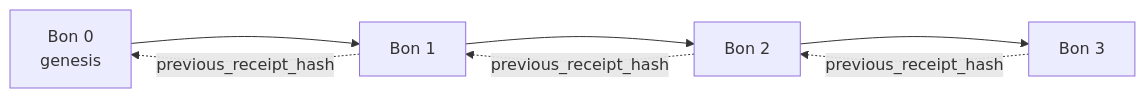
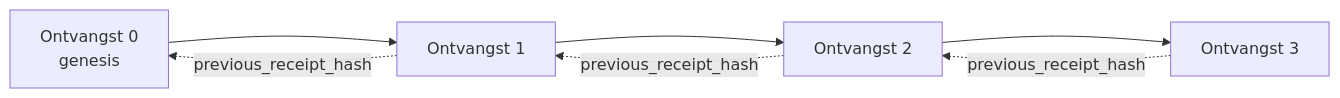
The second of 2 diagrams in mirrors/repos/microsoft@ai-agents-for-beginners/translations/nl/18-securing-ai-agents/README.md (gabrielmoreira/agent-skills-mirror), drawn with Mermaid before and after one commit. The commit also changed other lines of this file and 2285 other files, not shown here.

````diff
--- a/mirrors/repos/microsoft@ai-agents-for-beginners/translations/nl/18-securing-ai-agents/README.md
+++ b/mirrors/repos/microsoft@ai-agents-for-beginners/translations/nl/18-securing-ai-agents/README.md
@@ -206,9 +206,9 @@
 ```mermaid
 flowchart LR
-    R0[Bon 0<br/>genesis] --> R1[Bon 1]
-    R1 --> R2[Bon 2]
-    R2 --> R3[Bon 3]
+    R0[Ontvangst 0<br/>genesis] --> R1[Ontvangst 1]
+    R1 --> R2[Ontvangst 2]
+    R2 --> R3[Ontvangst 3]
     R1 -. previous_receipt_hash .-> R0
     R2 -. previous_receipt_hash .-> R1
     R3 -. previous_receipt_hash .-> R2
 ```
````
